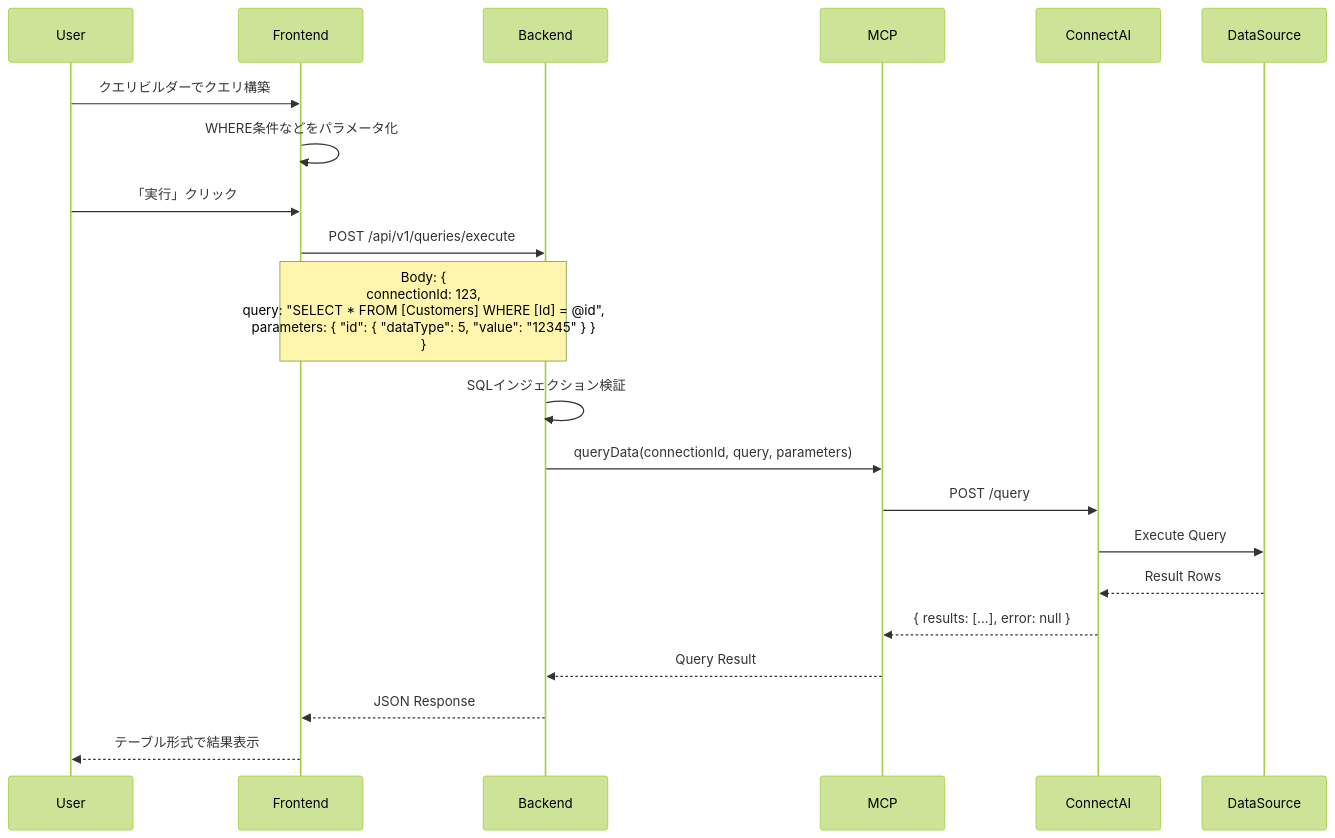
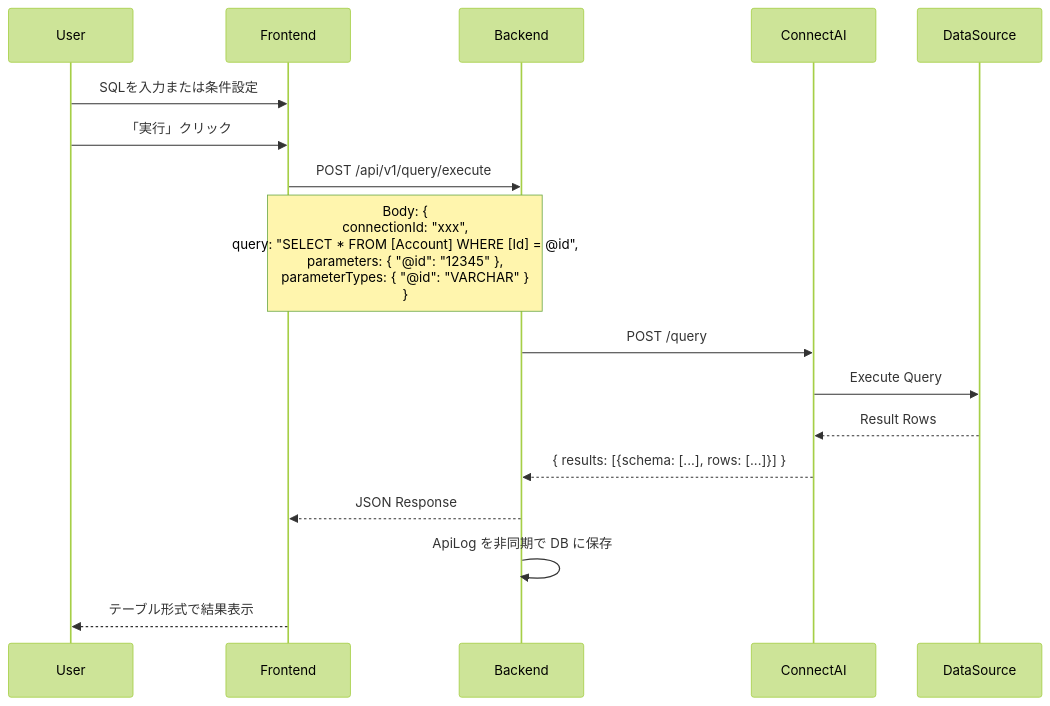
The sixth of 8 diagrams in docs/functional-design.md (sugimomoto/ConnectAIOEMSample), drawn with Mermaid (forest theme) before and after one commit. The commit also changed other lines of this file and 3 other files, not shown here.

````diff
--- a/docs/functional-design.md
+++ b/docs/functional-design.md
@@ -349,24 +228,20 @@
 ```mermaid
 sequenceDiagram
     participant User
     participant Frontend
     participant Backend
-    participant MCP
     participant ConnectAI
     participant DataSource
 
-    User->>Frontend: クエリビルダーでクエリ構築
-    Frontend->>Frontend: WHERE条件などをパラメータ化
+    User->>Frontend: SQLを入力または条件設定
     User->>Frontend: 「実行」クリック
-    Frontend->>Backend: POST /api/v1/queries/execute
-    Note over Frontend,Backend: Body: {<br/>  connectionId: 123,<br/>  query: "SELECT * FROM [Customers] WHERE [Id] = @id",<br/>  parameters: { "id": { "dataType": 5, "value": "12345" } }<br/>}
-    Backend->>Backend: SQLインジェクション検証
-    Backend->>MCP: queryData(connectionId, query, parameters)
-    MCP->>ConnectAI: POST /query
+    Frontend->>Backend: POST /api/v1/query/execute
+    Note over Frontend,Backend: Body: {<br/>  connectionId: "xxx",<br/>  query: "SELECT * FROM [Account] WHERE [Id] = @id",<br/>  parameters: { "@id": "12345" },<br/>  parameterTypes: { "@id": "VARCHAR" }<br/>}
+    Backend->>ConnectAI: POST /query
     ConnectAI->>DataSource: Execute Query
     DataSource-->>ConnectAI: Result Rows
-    ConnectAI-->>MCP: { results: [...], error: null }
-    MCP-->>Backend: Query Result
+    ConnectAI-->>Backend: { results: [{schema: [...], rows: [...]}] }
     Backend-->>Frontend: JSON Response
+    Backend->>Backend: ApiLog を非同期で DB に保存
     Frontend-->>User: テーブル形式で結果表示
 ```
````
